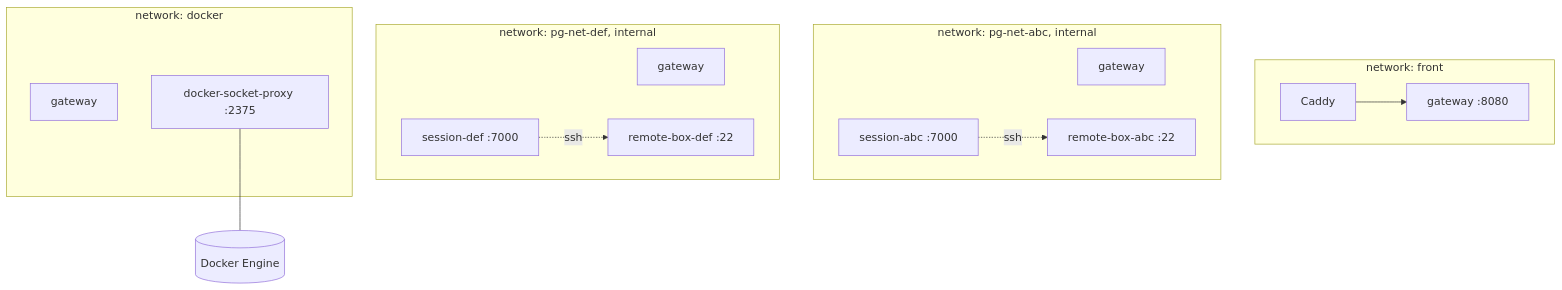
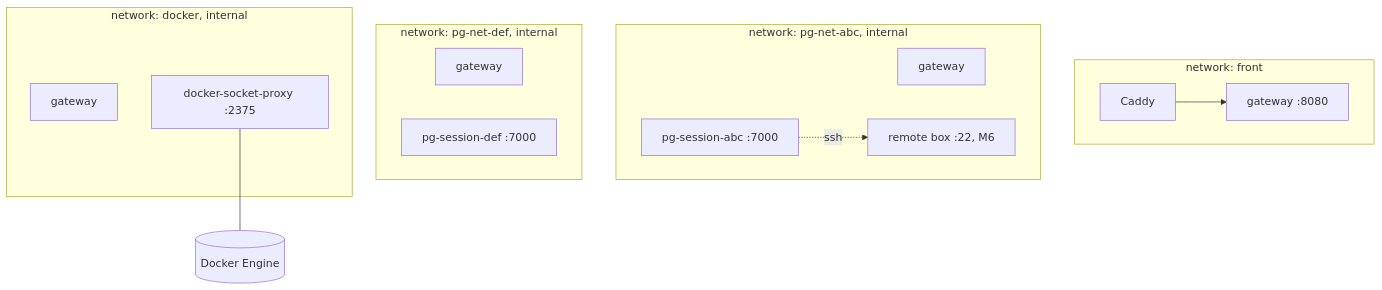
One commit to floatshadow/emacs-playground changed the first of 3 diagrams in docs/architecture.md. Above: the diagram before and after it, drawn with Mermaid. The commit also changed other lines of this file and 15 other files, not shown here.

````diff
--- a/docs/architecture.md
+++ b/docs/architecture.md
@@ -7,25 +7,23 @@
 ```mermaid
 flowchart TB
   subgraph net_front [network: front]
     C[Caddy]
     G[gateway :8080]
   end
   subgraph net_abc [network: pg-net-abc, internal]
     G2[gateway]
-    S1[session-abc :7000]
-    R1[remote-box-abc :22]
+    S1[pg-session-abc :7000]
+    R1[remote box :22, M6]
   end
   subgraph net_def [network: pg-net-def, internal]
     G4[gateway]
-    S2[session-def :7000]
-    R2[remote-box-def :22]
+    S2[pg-session-def :7000]
   end
-  subgraph net_docker [network: docker]
+  subgraph net_docker [network: docker, internal]
     G3[gateway]
     P[docker-socket-proxy :2375]
   end
   P --- D[(Docker Engine)]
   S1 -. ssh .-> R1
-  S2 -. ssh .-> R2
   C --> G
 ```
````
